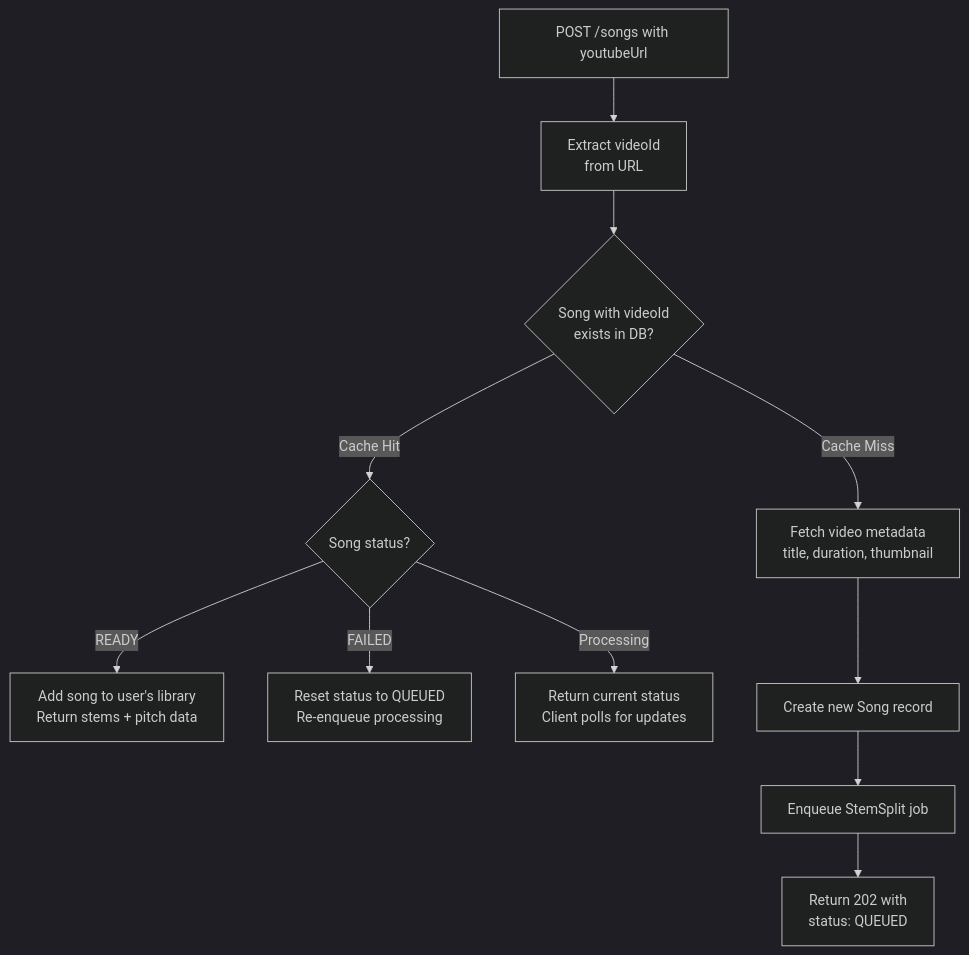
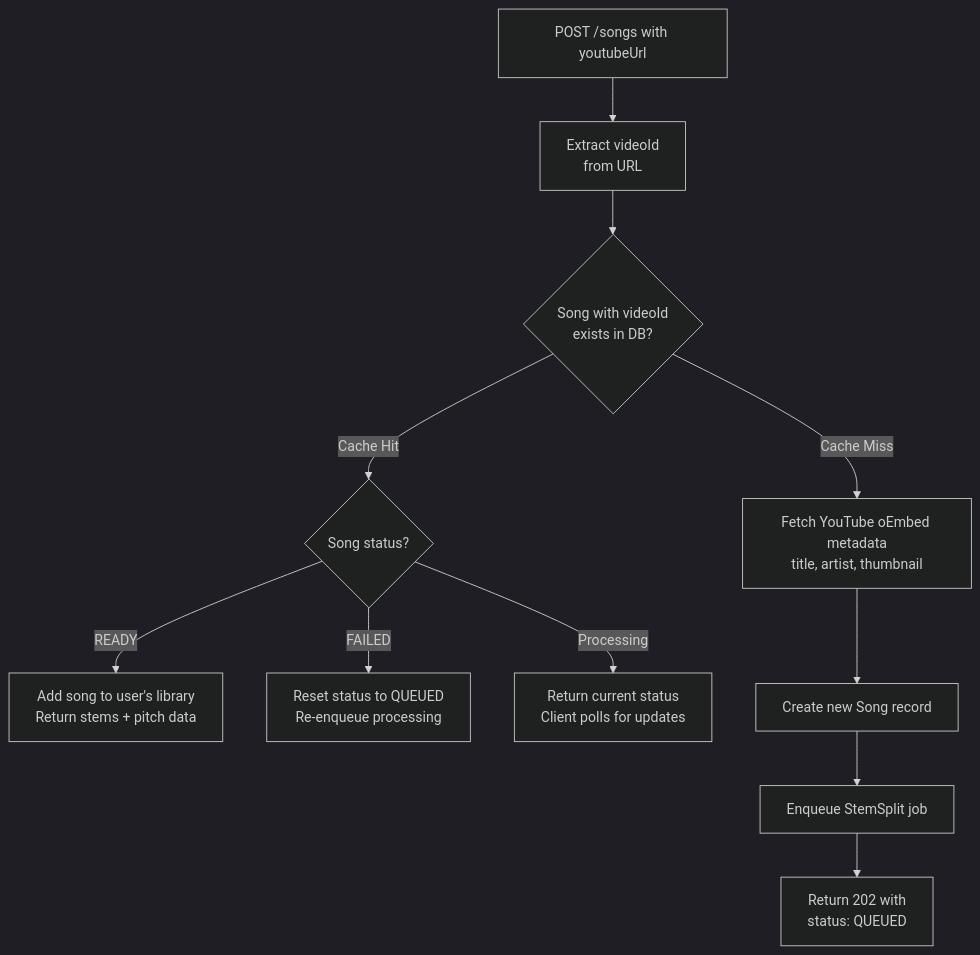
The third of 3 diagrams in docs/05-audio-pipeline.md (pawelgawliczek/intonavio), drawn with Mermaid (dark theme) before and after one commit. The commit also changed other lines of this file and 11 other files, not shown here.

First line of the commit message:
Add FULL stem type to replace YouTube audio with StemSplit full mix

````diff
--- a/docs/05-audio-pipeline.md
+++ b/docs/05-audio-pipeline.md
@@ -62,15 +62,15 @@
 ```mermaid
 flowchart TD
     A[POST /songs with youtubeUrl] --> B[Extract videoId<br/>from URL]
     B --> C{Song with videoId<br/>exists in DB?}
 
     C -->|Cache Hit| D{Song status?}
     D -->|READY| E[Add song to user's library<br/>Return stems + pitch data]
     D -->|FAILED| F[Reset status to QUEUED<br/>Re-enqueue processing]
     D -->|Processing| G[Return current status<br/>Client polls for updates]
 
-    C -->|Cache Miss| H[Fetch video metadata<br/>title, duration, thumbnail]
+    C -->|Cache Miss| H[Fetch YouTube oEmbed metadata<br/>title, artist, thumbnail]
     H --> I[Create new Song record]
     I --> J[Enqueue StemSplit job]
     J --> K[Return 202 with<br/>status: QUEUED]
 ```
````
